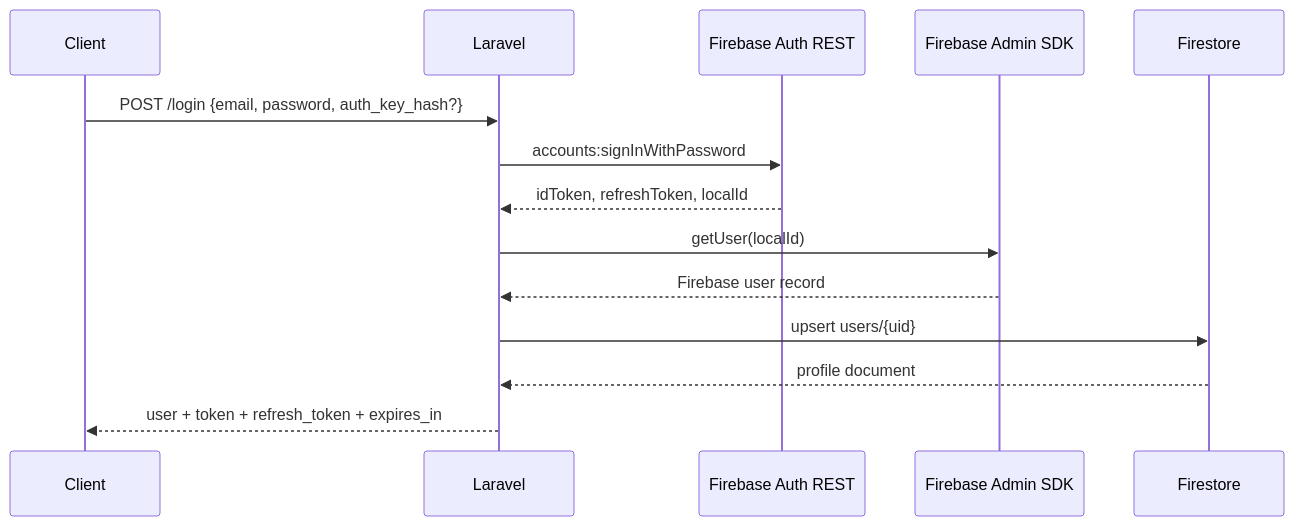
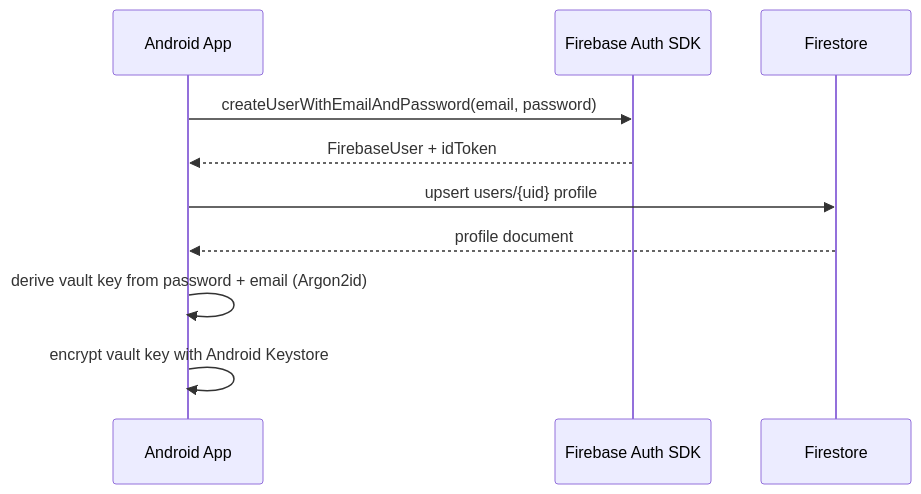
Before and after one commit to abhay-byte/truvalt: the third of 7 diagrams in docs/DIAGRAMS.md, drawn with Mermaid. The commit also changed other lines of this file and 2 other files, not shown here.

First line of the commit message:
docs: Update diagrams, UI docs, and API test results for Firebase-direct

````diff
--- a/docs/DIAGRAMS.md
+++ b/docs/DIAGRAMS.md
@@ -78,17 +64,13 @@
 ```mermaid
 sequenceDiagram
-    participant Client
-    participant Laravel
-    participant IdentityToolkit as Firebase Auth REST
-    participant Admin as Firebase Admin SDK
+    participant Client as Android App
+    participant FirebaseSDK as Firebase Auth SDK
     participant Firestore
 
-    Client->>Laravel: POST /login {email, password, auth_key_hash?}
-    Laravel->>IdentityToolkit: accounts:signInWithPassword
-    IdentityToolkit-->>Laravel: idToken, refreshToken, localId
-    Laravel->>Admin: getUser(localId)
-    Admin-->>Laravel: Firebase user record
-    Laravel->>Firestore: upsert users/{uid}
-    Firestore-->>Laravel: profile document
-    Laravel-->>Client: user + token + refresh_token + expires_in
+    Client->>FirebaseSDK: createUserWithEmailAndPassword(email, password)
+    FirebaseSDK-->>Client: FirebaseUser + idToken
+    Client->>Firestore: upsert users/{uid} profile
+    Firestore-->>Client: profile document
+    Client->>Client: derive vault key from password + email (Argon2id)
+    Client->>Client: encrypt vault key with Android Keystore
 ```
````
